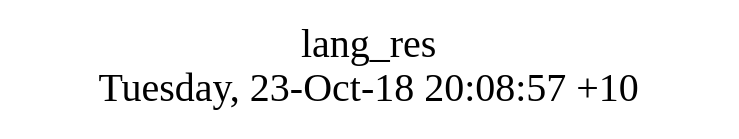
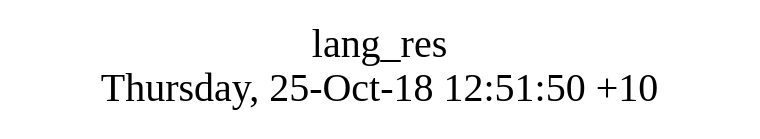
One commit to AplaProject/apps changed the diagram in src/lang_res/struct.dot. Above: the diagram before and after it, drawn with Graphviz. The commit also changed 25 other files, not shown here.

```diff
--- a/src/lang_res/struct.dot
+++ b/src/lang_res/struct.dot
@@ -1,8 +1,8 @@
 digraph G {
 fontsize="24";
-label="lang_res\nTuesday, 23-Oct-18 20:08:57 +10";
+label="lang_res\nThursday, 25-Oct-18 12:51:50 +10";
 nojustify=true;
 ordering=out;
 rankdir=LR;
 size="30";
 }
```
